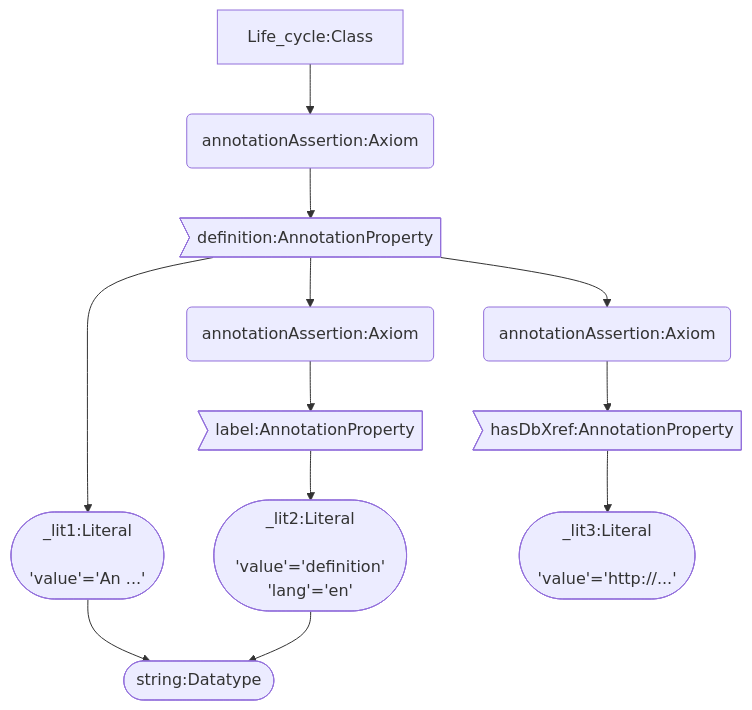
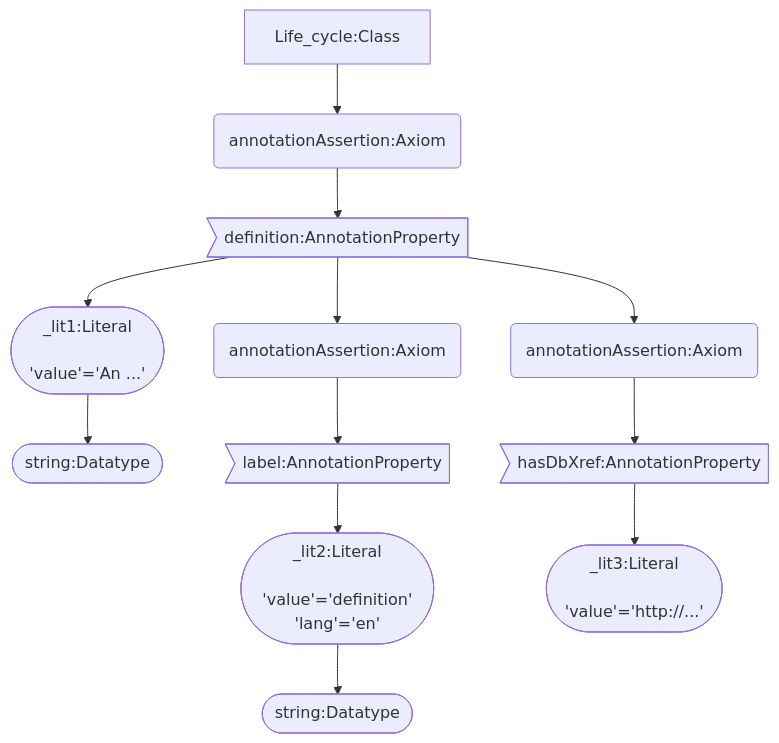
The seventh of 7 diagrams in docs/owl_to_lpg/README.md (neobernad/owl_to_lpg), drawn with Mermaid before and after one commit. The commit also changed other lines of this file and 3 other files, not shown here.

````diff
--- a/docs/owl_to_lpg/README.md
+++ b/docs/owl_to_lpg/README.md
@@ -162,17 +182,17 @@
 ```mermaid
 graph TB
 
 	LIFE_CYCLE["Life_cycle:Class"]:::cNode --> AX1("annotationAssertion:Axiom"):::aNode;
 	AX1 --> DEFINITION>"definition:AnnotationProperty"]:::pNode;
 	DEFINITION --> LITERAL1(["_lit1:Literal<br/> <br/>'value'='An ...'"]):::cNode;
-	LITERAL1 --> STRING_DT(["string:Datatype"]):::cNode;
+	LITERAL1 --> STRING_DT_1(["string:Datatype"]):::cNode;
 
 	DEFINITION --> AX2("annotationAssertion:Axiom"):::aNode;
 	AX2 --> LABEL1>"label:AnnotationProperty"]:::pNode;
 	LABEL1 --> LITERAL2(["_lit2:Literal<br/> <br/>'value'='definition'<br/>'lang'='en'"]):::cNode;
-	LITERAL2 --> STRING_DT(["string:Datatype"]):::cNode;
+	LITERAL2 --> STRING_DT_2(["string:Datatype"]):::cNode;
 
 	DEFINITION --> AX3("annotationAssertion:Axiom"):::aNode;
 	AX3 --> XREF>"hasDbXref:AnnotationProperty"]:::pNode;
 	XREF --> LITERAL3(["_lit3:Literal<br/> <br/>'value'='http://...'"]):::cNode;
 ```
````
